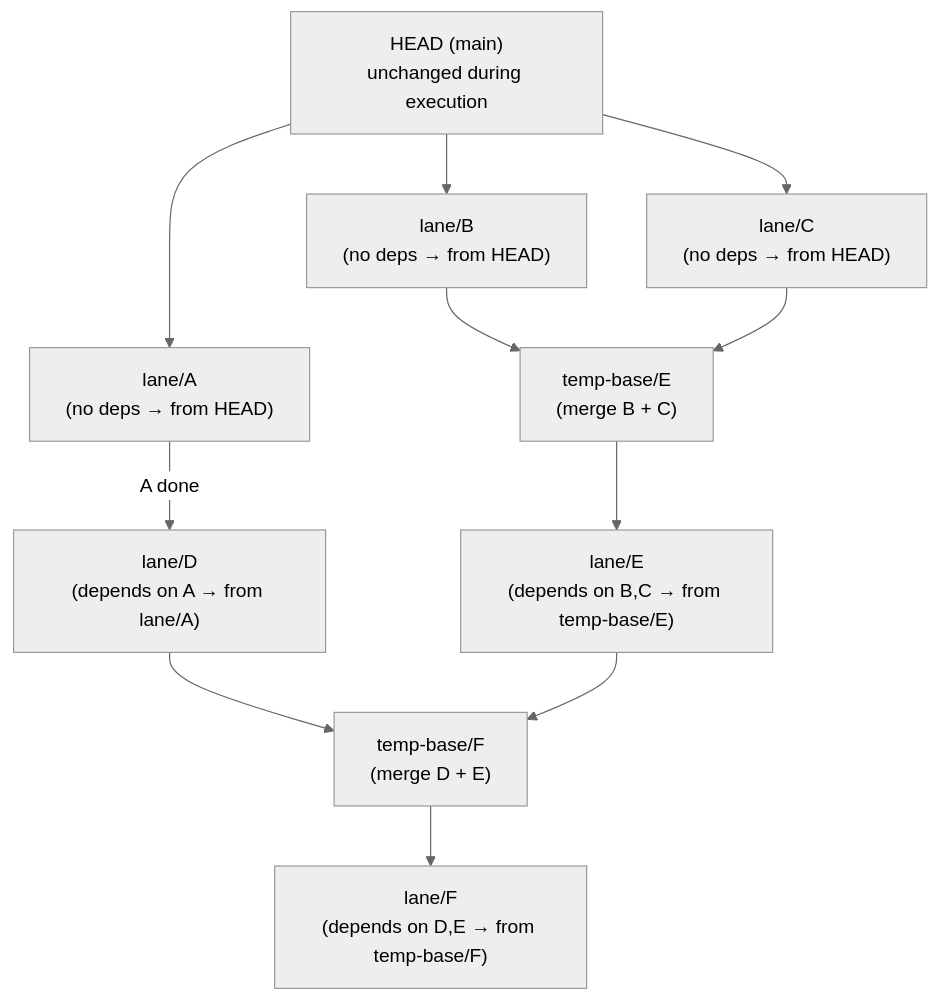
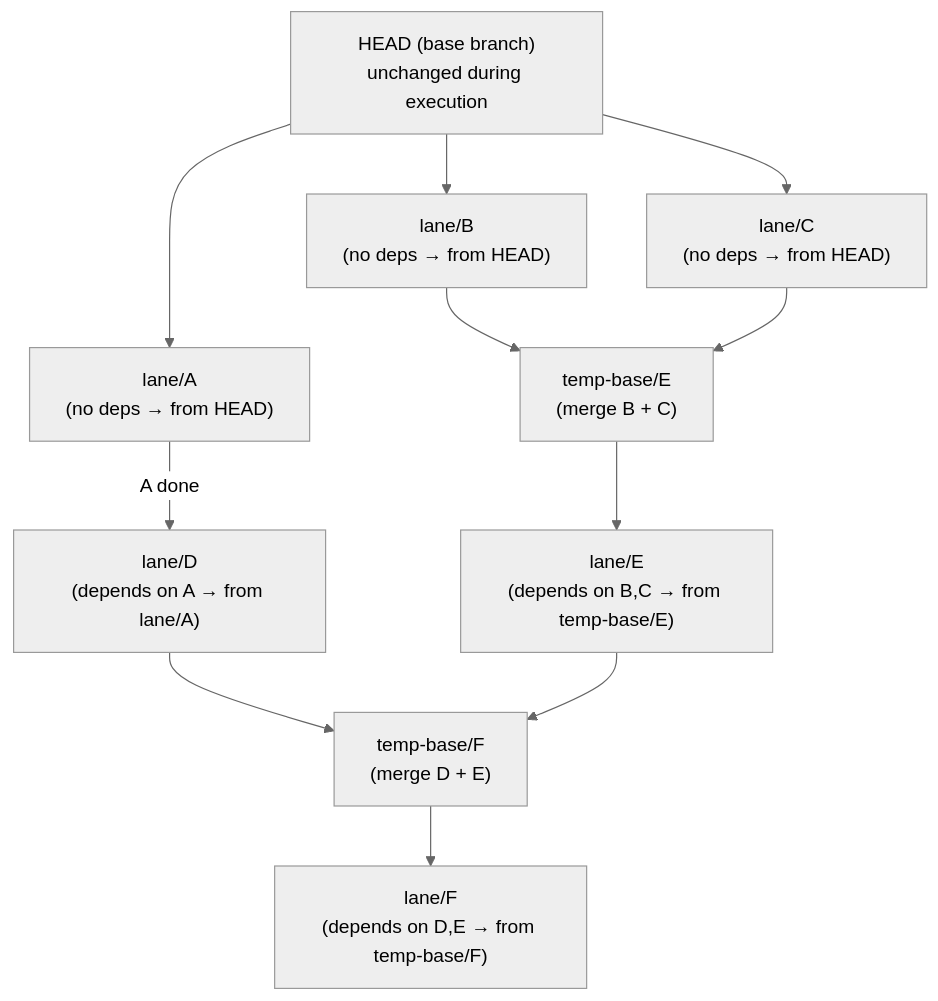
Before and after one commit to collectiveai-team/opencode-super-beads: the second of 4 diagrams in docs/superpowers/specs/2026-03-23-dispatch-parallel-bead-agents-design.md, drawn with Mermaid (neutral theme). The commit also changed other lines of this file, not shown here.

Commit message:
Replace 'main' with 'base branch' throughout — execution targets the current feature branch, not main

````diff
--- a/docs/superpowers/specs/2026-03-23-dispatch-parallel-bead-agents-design.md
+++ b/docs/superpowers/specs/2026-03-23-dispatch-parallel-bead-agents-design.md
@@ -67,15 +71,15 @@
 ```mermaid
 flowchart TD
-    HEAD["HEAD (main)\nunchanged during execution"] --> A["lane/A\n(no deps → from HEAD)"]
+    HEAD["HEAD (base branch)\nunchanged during execution"] --> A["lane/A\n(no deps → from HEAD)"]
     HEAD --> B["lane/B\n(no deps → from HEAD)"]
     HEAD --> C["lane/C\n(no deps → from HEAD)"]
 
     A -->|"A done"| D["lane/D\n(depends on A → from lane/A)"]
     B --> TEMP_BC["temp-base/E\n(merge B + C)"]
     C --> TEMP_BC
     TEMP_BC --> E["lane/E\n(depends on B,C → from temp-base/E)"]
 
     D --> TEMP_DF["temp-base/F\n(merge D + E)"]
     E --> TEMP_DF
     TEMP_DF --> F["lane/F\n(depends on D,E → from temp-base/F)"]
 ```
````
